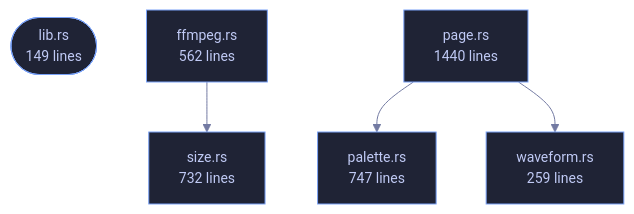
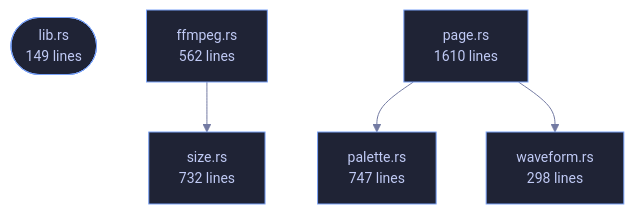
One commit to tilas01/veilvoice changed the diagram in wiki/Crate-veilvoice-video.md. Above: the diagram before and after it, drawn with Mermaid. The commit also changed other lines of this file and 30 other files, not shown here.

````diff
--- a/wiki/Crate-veilvoice-video.md
+++ b/wiki/Crate-veilvoice-video.md
@@ -77,19 +77,19 @@
 ```mermaid
 %%{init: {"theme":"base","themeVariables":{"background":"#1a1b26","primaryColor":"#1f2335","primaryTextColor":"#c0caf5","primaryBorderColor":"#7aa2f7","secondaryColor":"#16161e","tertiaryColor":"#16161e","lineColor":"#737aa2","textColor":"#c0caf5","mainBkg":"#1f2335","nodeBorder":"#7aa2f7","clusterBkg":"#16161e","clusterBorder":"#2f3549","fontFamily":"ui-monospace, SFMono-Regular, Consolas, monospace","fontSize":"14px"}}}%%
 flowchart TD
     n_lib(["lib.rs<br/>149 lines"])
     n_ffmpeg["ffmpeg.rs<br/>562 lines"]
-    n_page["page.rs<br/>1440 lines"]
+    n_page["page.rs<br/>1610 lines"]
     n_palette["palette.rs<br/>747 lines"]
     n_size["size.rs<br/>732 lines"]
-    n_waveform["waveform.rs<br/>259 lines"]
+    n_waveform["waveform.rs<br/>298 lines"]
     n_ffmpeg --> n_size
     n_page --> n_palette
     n_page --> n_waveform
     click n_lib href "https://github.com/tilas01/veilvoice/blob/main/crates/veilvoice-video/src/lib.rs" "open the source"
     click n_ffmpeg href "https://github.com/tilas01/veilvoice/blob/main/crates/veilvoice-video/src/ffmpeg.rs" "open the source"
     click n_page href "https://github.com/tilas01/veilvoice/blob/main/crates/veilvoice-video/src/page.rs" "open the source"
     click n_palette href "https://github.com/tilas01/veilvoice/blob/main/crates/veilvoice-video/src/palette.rs" "open the source"
     click n_size href "https://github.com/tilas01/veilvoice/blob/main/crates/veilvoice-video/src/size.rs" "open the source"
     click n_waveform href "https://github.com/tilas01/veilvoice/blob/main/crates/veilvoice-video/src/waveform.rs" "open the source"
 ```
````
